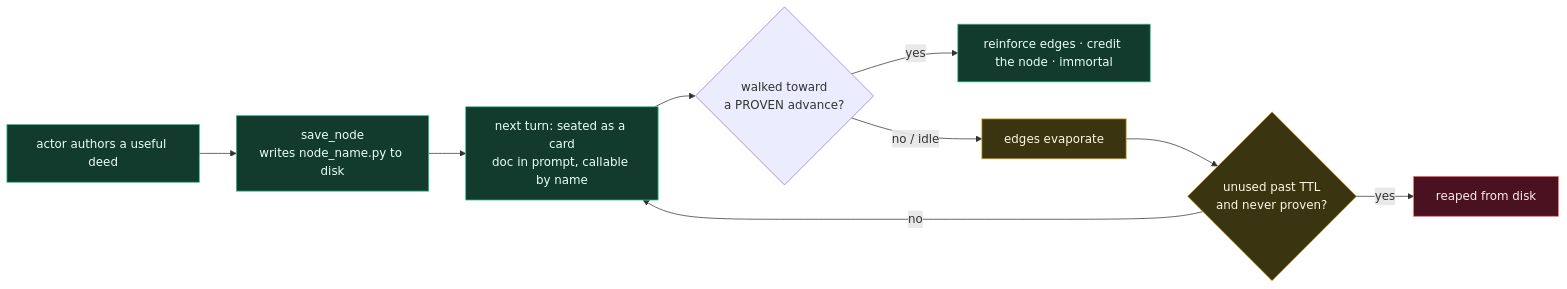
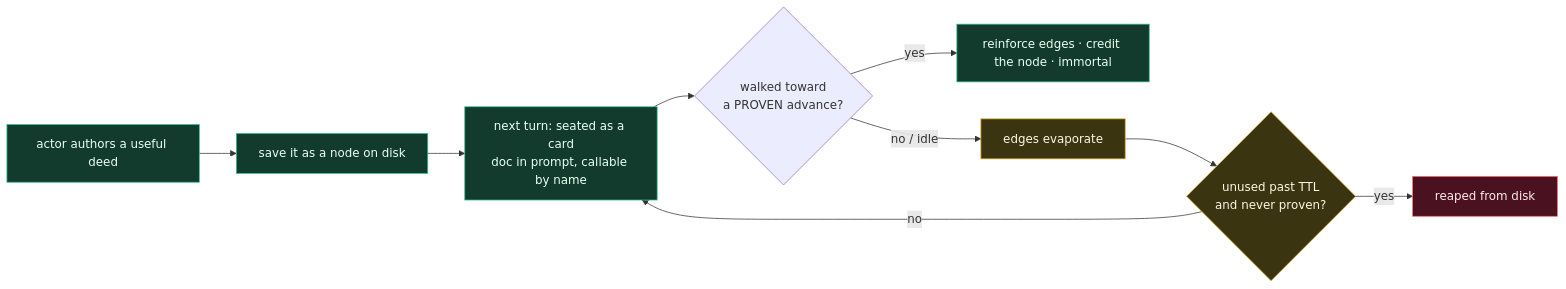
The sixth of 6 diagrams in README.md (wgabrys88/endgame-ai), drawn with Mermaid before and after one commit. The commit also changed other lines of this file, not shown here.

````diff
--- a/README.md
+++ b/README.md
@@ -353,18 +339,18 @@
 ```mermaid
 flowchart LR
-    A[actor authors a useful deed] --> B[save_node<br/>writes node_name.py to disk]
+    A[actor authors a useful deed] --> B[save it as a node on disk]
     B --> C[next turn: seated as a card<br/>doc in prompt, callable by name]
     C --> D{walked toward<br/>a PROVEN advance?}
     D -- yes --> E[reinforce edges · credit the node · immortal]
     D -- no / idle --> F[edges evaporate]
     F --> G{unused past TTL<br/>and never proven?}
     G -- yes --> H[reaped from disk]
     G -- no --> C
 
     classDef grow fill:#123b2e,stroke:#31c48d,color:#eafff5;
     classDef fade fill:#3a3410,stroke:#d4a72c,color:#fff7e6;
     classDef die fill:#4a1220,stroke:#f87171,color:#ffecec;
     class A,B,C,E grow;
     class F,G fade;
     class H die;
 ```
````
